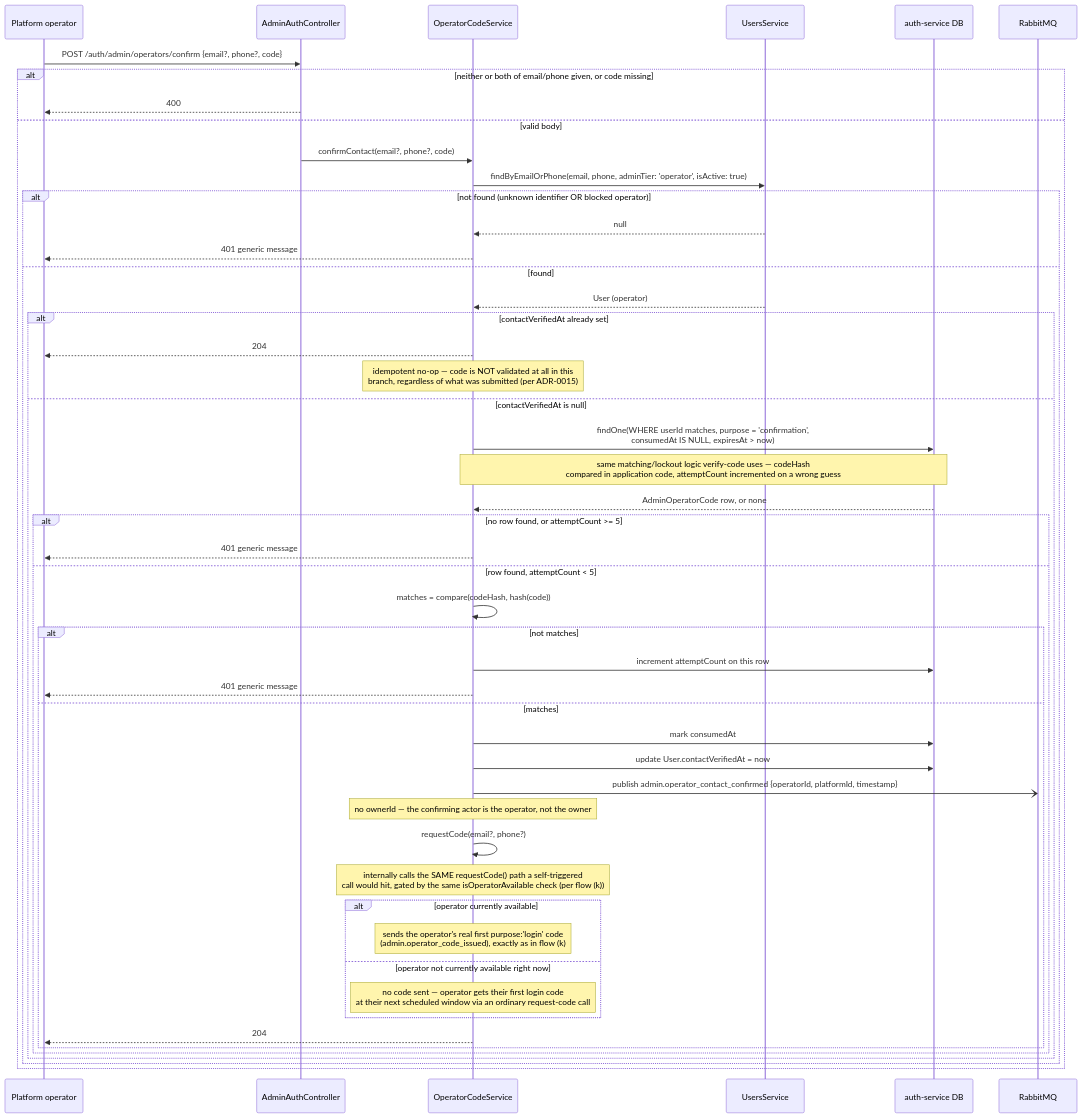
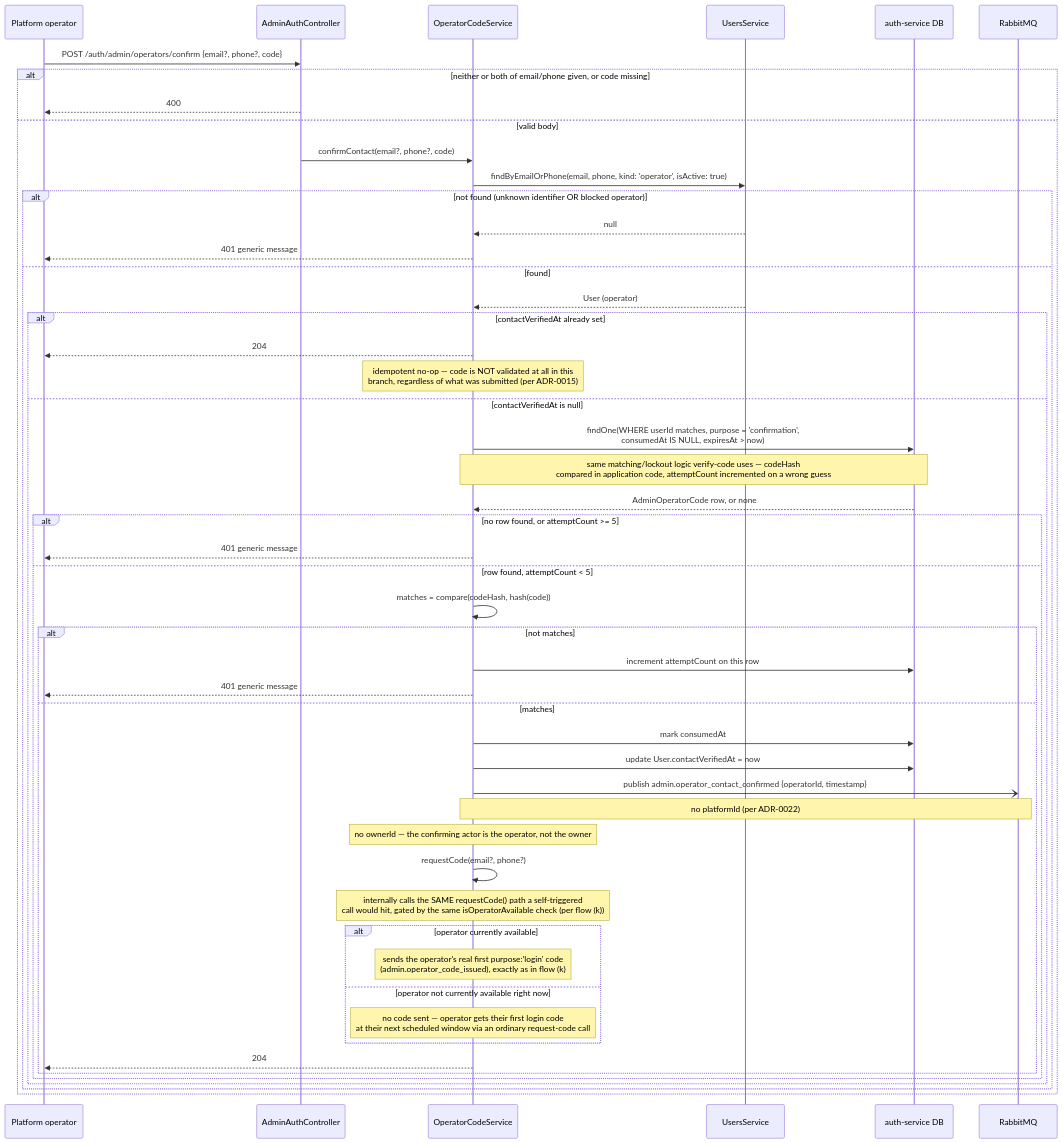
Diagram 19 of 24 in docs/sdd/auth-service.md (nawara-solutions/nawara-core), drawn with Mermaid before and after one commit. The commit also changed other lines of this file and 104 other files, not shown here.

````diff
--- a/docs/sdd/auth-service.md
+++ b/docs/sdd/auth-service.md
@@ -1641,53 +2892,54 @@
 ```mermaid
 sequenceDiagram
     participant Operator as Platform operator
     participant AAC as AdminAuthController
     participant OCS as OperatorCodeService
     participant US as UsersService
     participant DB as auth-service DB
     participant Broker as RabbitMQ
 
     Operator->>AAC: POST /auth/admin/operators/confirm {email?, phone?, code}
     alt neither or both of email/phone given, or code missing
         AAC-->>Operator: 400
     else valid body
         AAC->>OCS: confirmContact(email?, phone?, code)
-        OCS->>US: findByEmailOrPhone(email, phone, adminTier: 'operator', isActive: true)
+        OCS->>US: findByEmailOrPhone(email, phone, kind: 'operator', isActive: true)
         alt not found (unknown identifier OR blocked operator)
             US-->>OCS: null
             OCS-->>Operator: 401 generic message
         else found
             US-->>OCS: User (operator)
             alt contactVerifiedAt already set
                 OCS-->>Operator: 204
                 Note over OCS: idempotent no-op — code is NOT validated at all in this<br/>branch, regardless of what was submitted (per ADR-0015)
             else contactVerifiedAt is null
                 OCS->>DB: findOne(WHERE userId matches, purpose = 'confirmation',<br/>consumedAt IS NULL, expiresAt > now)
                 Note over OCS,DB: same matching/lockout logic verify-code uses — codeHash<br/>compared in application code, attemptCount incremented on a wrong guess
                 DB-->>OCS: AdminOperatorCode row, or none
                 alt no row found, or attemptCount >= 5
                     OCS-->>Operator: 401 generic message
                 else row found, attemptCount < 5
                     OCS->>OCS: matches = compare(codeHash, hash(code))
                     alt not matches
                         OCS->>DB: increment attemptCount on this row
                         OCS-->>Operator: 401 generic message
                     else matches
                         OCS->>DB: mark consumedAt
                         OCS->>DB: update User.contactVerifiedAt = now
-                        OCS-)Broker: publish admin.operator_contact_confirmed {operatorId, platformId, timestamp}
+                        OCS-)Broker: publish admin.operator_contact_confirmed {operatorId, timestamp}
+                        Note over OCS,Broker: no platformId (per ADR-0022)
                         Note over OCS: no ownerId — the confirming actor is the operator, not the owner
                         OCS->>OCS: requestCode(email?, phone?)
                         Note over OCS: internally calls the SAME requestCode() path a self-triggered<br/>call would hit, gated by the same isOperatorAvailable check (per flow (k))
                         alt operator currently available
                             Note over OCS: sends the operator's real first purpose:'login' code<br/>(admin.operator_code_issued), exactly as in flow (k)
                         else operator not currently available right now
                             Note over OCS: no code sent — operator gets their first login code<br/>at their next scheduled window via an ordinary request-code call
                         end
                         OCS-->>Operator: 204
                     end
                 end
             end
         end
     end
 ```
````
